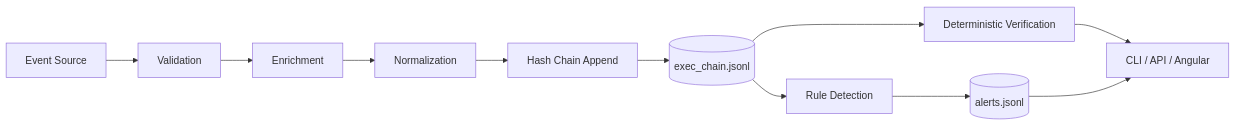
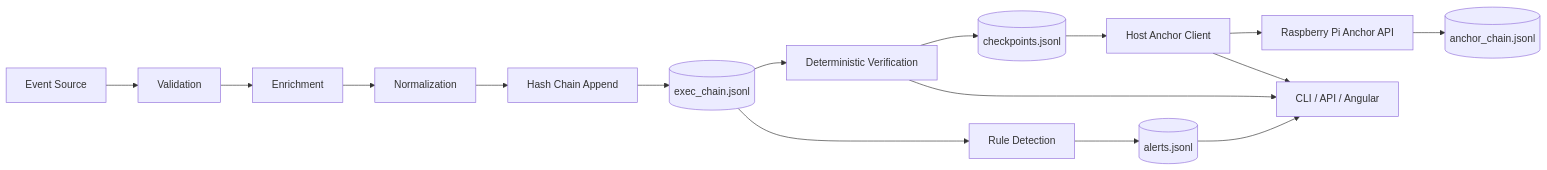
One commit to parthrohit22/kalyx changed the third of 3 diagrams in docs/ARCHITECTURE.md. Above: the diagram before and after it, drawn with Mermaid. The commit also changed other lines of this file and 7 other files, not shown here.

````diff
--- a/docs/ARCHITECTURE.md
+++ b/docs/ARCHITECTURE.md
@@ -235,13 +287,18 @@
 ```mermaid
 flowchart LR
     Source[Event Source] --> Validation[Validation]
     Validation --> Enrichment[Enrichment]
     Enrichment --> Normalize[Normalization]
     Normalize --> Chain[Hash Chain Append]
     Chain --> Ledger[(exec_chain.jsonl)]
     Ledger --> Verify[Deterministic Verification]
+    Verify --> Checkpoint[(checkpoints.jsonl)]
+    Checkpoint --> AnchorClient[Host Anchor Client]
+    AnchorClient --> PiAnchor[Raspberry Pi Anchor API]
+    PiAnchor --> AnchorChain[(anchor_chain.jsonl)]
     Ledger --> Detect[Rule Detection]
     Detect --> Alerts[(alerts.jsonl)]
     Verify --> Interfaces[CLI / API / Angular]
+    AnchorClient --> Interfaces
     Alerts --> Interfaces
 ```
````
